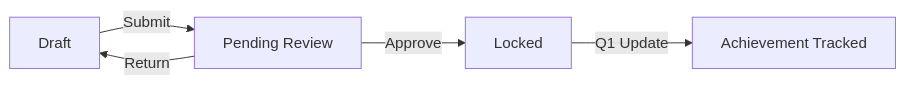
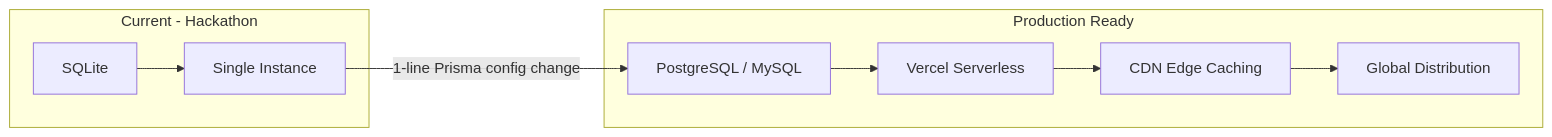
Before and after one commit to rohanjain1648/ATOMQUEST_2026: the ninth of 9 diagrams in prism/README.md, drawn with Mermaid. The commit also changed other lines of this file, not shown here.

Commit message:
docs: enhance README with 7 architecture diagrams and comprehensive documentation

````diff
--- a/prism/README.md
+++ b/prism/README.md
@@ -98,7 +570,14 @@
 ```mermaid
-flowchart LR
-    A["Draft"] -->|Submit| B["Pending Review"]
-    B -->|Approve| C["Locked"]
-    B -->|Return| A
-    C -->|Q1 Update| D["Achievement Tracked"]
+graph LR
+    subgraph "Current - Hackathon"
+        A["SQLite"] --> B["Single Instance"]
+    end
+
+    subgraph "Production Ready"
+        C["PostgreSQL / MySQL"] --> D["Vercel Serverless"]
+        D --> E["CDN Edge Caching"]
+        E --> F["Global Distribution"]
+    end
+
+    B -->|"1-line Prisma config change"| C
 ```
````
